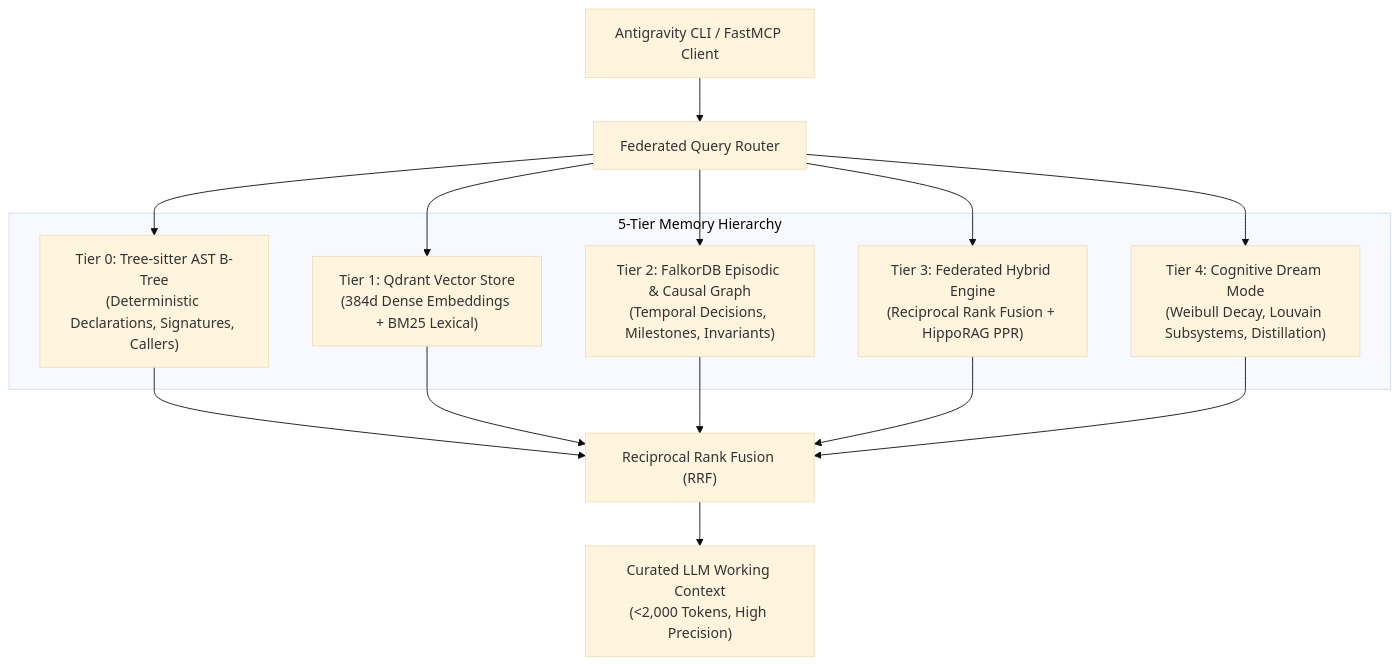
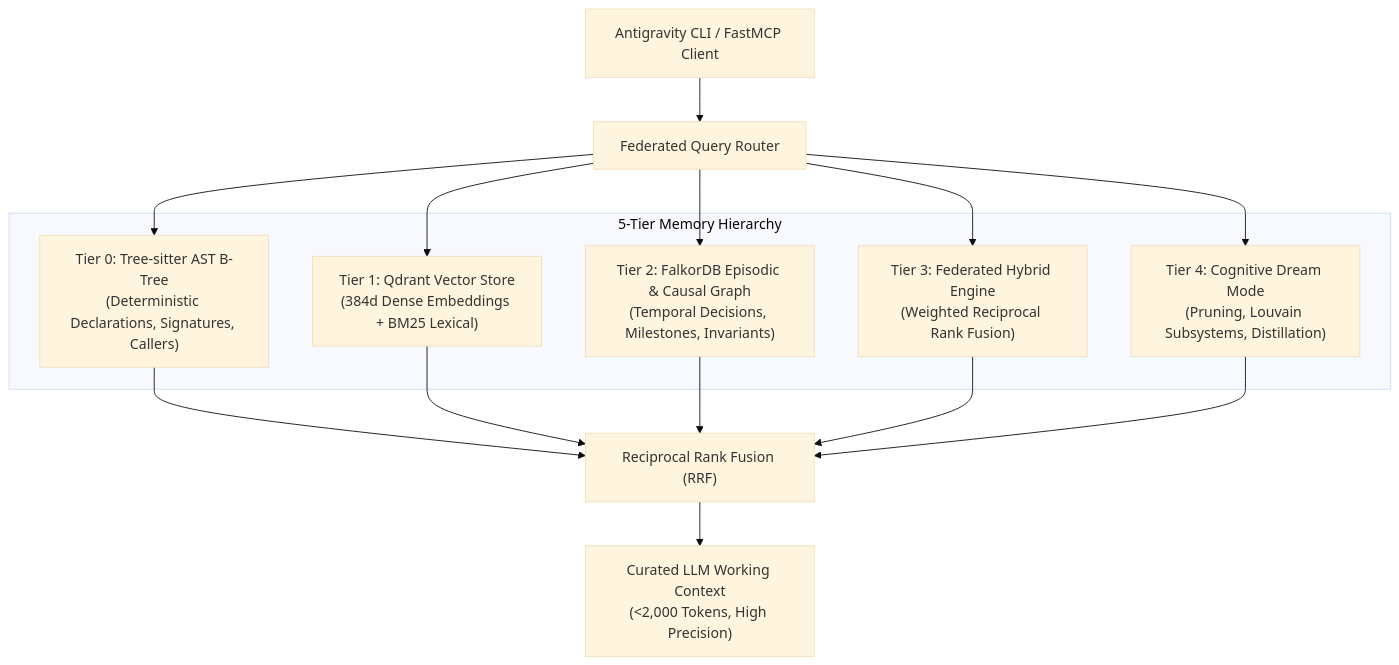
One commit to Unmade760/kortext changed the first of 2 diagrams in docs/ARCHITECTURE.md. Above: the diagram before and after it, drawn with Mermaid (base theme). The commit also changed other lines of this file and 51 other files, not shown here.

````diff
--- a/docs/ARCHITECTURE.md
+++ b/docs/ARCHITECTURE.md
@@ -23,26 +23,26 @@
 ```mermaid
 flowchart TD
     Client["Antigravity CLI / FastMCP Client"] --> Router["Federated Query Router"]
 
     subgraph MemoryHierarchy["5-Tier Memory Hierarchy"]
         T0["Tier 0: Tree-sitter AST B-Tree\n(Deterministic Declarations, Signatures, Callers)"]
         T1["Tier 1: Qdrant Vector Store\n(384d Dense Embeddings + BM25 Lexical)"]
         T2["Tier 2: FalkorDB Episodic & Causal Graph\n(Temporal Decisions, Milestones, Invariants)"]
-        T3["Tier 3: Federated Hybrid Engine\n(Reciprocal Rank Fusion + HippoRAG PPR)"]
-        T4["Tier 4: Cognitive Dream Mode\n(Weibull Decay, Louvain Subsystems, Distillation)"]
+        T3["Tier 3: Federated Hybrid Engine\n(Weighted Reciprocal Rank Fusion)"]
+        T4["Tier 4: Cognitive Dream Mode\n(Pruning, Louvain Subsystems, Distillation)"]
     end
 
     Router --> T0
     Router --> T1
     Router --> T2
     Router --> T3
     Router --> T4
 
     T0 --> RRF["Reciprocal Rank Fusion (RRF)"]
     T1 --> RRF
     T2 --> RRF
     T3 --> RRF
     T4 --> RRF
 
     RRF --> ContextWindow["Curated LLM Working Context\n(<2,000 Tokens, High Precision)"]
 ```
````
